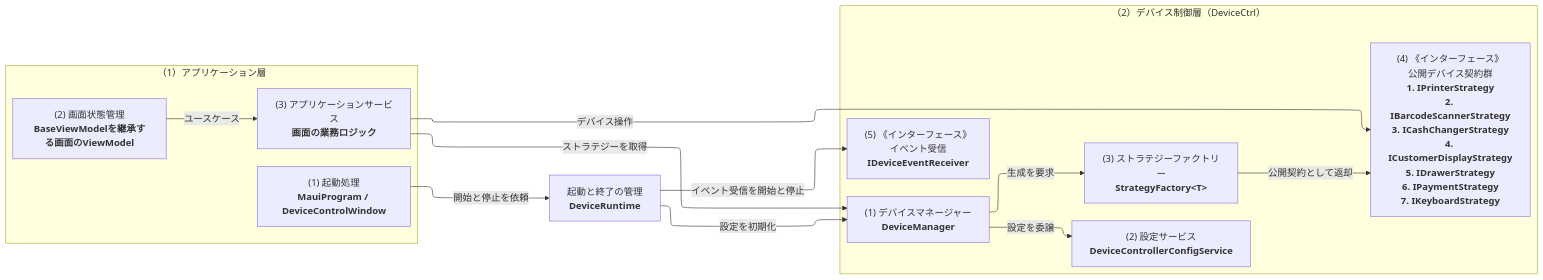
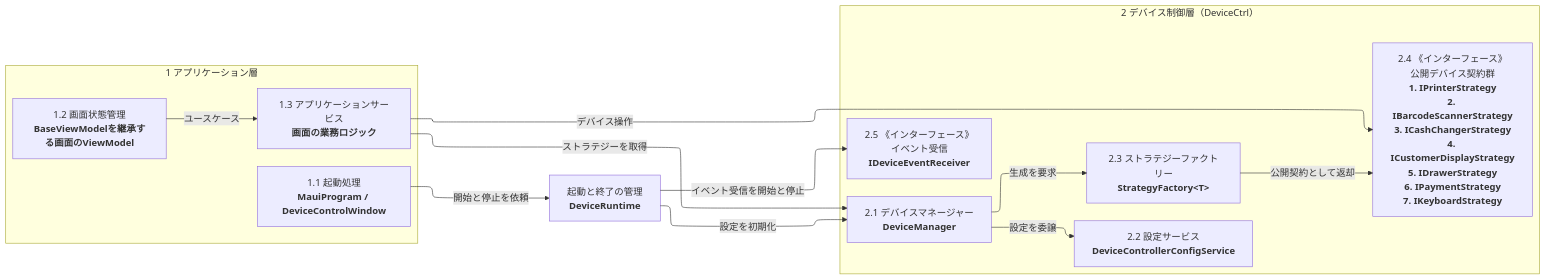
The first of 3 diagrams in artifacts/reports/device-control/20_基本設計/クラス構成図_端末アプリ_デバイス制御/クラス構成図_端末アプリ_デバイス制御.md (vti-sam/smj-ks-pos-stored), drawn with Mermaid before and after one commit. The commit also changed other lines of this file and 40 other files, not shown here.

Commit message:
Update device control documents and editable diagrams

````diff
--- a/artifacts/reports/device-control/20_基本設計/クラス構成図_端末アプリ_デバイス制御/クラス構成図_端末アプリ_デバイス制御.md
+++ b/artifacts/reports/device-control/20_基本設計/クラス構成図_端末アプリ_デバイス制御/クラス構成図_端末アプリ_デバイス制御.md
@@ -182,54 +182,54 @@
 ```mermaid
 ---
 config:
  layout: elk
  elk:
  mergeEdges: false
  nodePlacementStrategy: BRANDES_KOEPF
  cycleBreakingStrategy: GREEDY
  flowchart:
  curve: linear
  nodeSpacing: 26
  rankSpacing: 50
 ---
 flowchart LR
  %% diagram-profile=logical-architecture
  %% legend-bind container.APP=アプリケーション領域
  %% legend-bind container.DEVICE_CTRL=デバイス制御領域
  %% legend-bind class.classNode=クラス
  %% legend-bind class.interfaceNode=公開インターフェース
  %% legend-bind edge.default=━━▶ 主な関係
  %% legend-bind label=コネクターラベル
- subgraph APP["（1）アプリケーション層"]
- BOOT["(1) 起動処理<br/><b>MauiProgram / DeviceControlWindow</b>"]
- VIEW["(2) 画面状態管理<br/><b>BaseViewModelを継承する画面のViewModel</b>"]
- SERVICE["(3) アプリケーションサービス<br/><b>画面の業務ロジック</b>"]
+ subgraph APP["1 アプリケーション層"]
+ BOOT["1.1 起動処理<br/><b>MauiProgram / DeviceControlWindow</b>"]
+ VIEW["1.2 画面状態管理<br/><b>BaseViewModelを継承する画面のViewModel</b>"]
+ SERVICE["1.3 アプリケーションサービス<br/><b>画面の業務ロジック</b>"]
  VIEW -->|ユースケース| SERVICE
  end
 
- subgraph DEVICE_CTRL["（2）デバイス制御層（DeviceCtrl）"]
- MANAGER["(1) デバイスマネージャー<br/><b>DeviceManager</b>"]
- CONFIG["(2) 設定サービス<br/><b>DeviceControllerConfigService</b>"]
- FACTORY["(3) ストラテジーファクトリー<br/><b>StrategyFactory&lt;T&gt;</b>"]
- CONTRACT["(4) 《インターフェース》<br/>公開デバイス契約群<br/><b>1. IPrinterStrategy<br/>2. IBarcodeScannerStrategy<br/>3. ICashChangerStrategy<br/>4. ICustomerDisplayStrategy<br/>5. IDrawerStrategy<br/>6. IPaymentStrategy<br/>7. IKeyboardStrategy</b>"]
- EVENT["(5) 《インターフェース》<br/>イベント受信<br/><b>IDeviceEventReceiver</b>"]
+ subgraph DEVICE_CTRL["2 デバイス制御層（DeviceCtrl）"]
+ MANAGER["2.1 デバイスマネージャー<br/><b>DeviceManager</b>"]
+ CONFIG["2.2 設定サービス<br/><b>DeviceControllerConfigService</b>"]
+ FACTORY["2.3 ストラテジーファクトリー<br/><b>StrategyFactory&lt;T&gt;</b>"]
+ CONTRACT["2.4 《インターフェース》<br/>公開デバイス契約群<br/><b>1. IPrinterStrategy<br/>2. IBarcodeScannerStrategy<br/>3. ICashChangerStrategy<br/>4. ICustomerDisplayStrategy<br/>5. IDrawerStrategy<br/>6. IPaymentStrategy<br/>7. IKeyboardStrategy</b>"]
+ EVENT["2.5 《インターフェース》<br/>イベント受信<br/><b>IDeviceEventReceiver</b>"]
 
  MANAGER -->|設定を委譲| CONFIG
  MANAGER -->|生成を要求| FACTORY
  FACTORY -->|公開契約として返却| CONTRACT
  end
 
  SERVICE -->|ストラテジーを取得| MANAGER
  SERVICE -->|デバイス操作| CONTRACT
  RUNTIME["起動と終了の管理<br/><b>DeviceRuntime</b>"]
  BOOT -->|開始と停止を依頼| RUNTIME
  RUNTIME -->|設定を初期化| MANAGER
  RUNTIME -->|イベント受信を開始と停止| EVENT
 
  BOOT ~~~ MANAGER
  VIEW ~~~ CONFIG
  SERVICE ~~~ CONTRACT
 
  class BOOT,VIEW,SERVICE,MANAGER,CONFIG,FACTORY classNode
  class CONTRACT,EVENT interfaceNode
 ```
````
